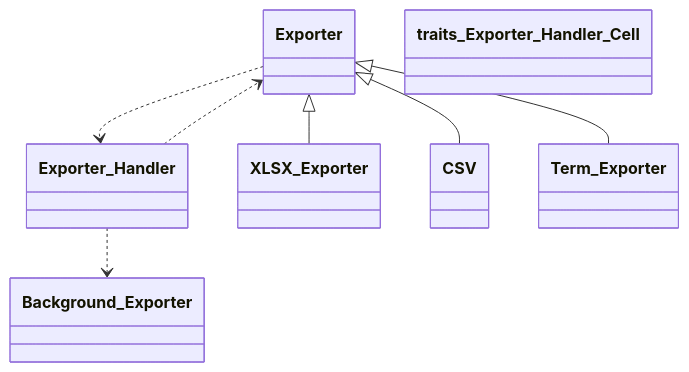
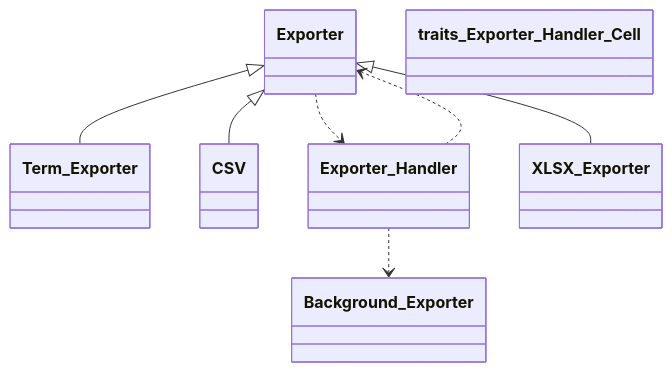
Before and after one commit to tainacan/tainacan: the fifth of 14 diagrams in docs/phpdoc/Home.md, drawn with Mermaid. The commit also changed other lines of this file and 96 other files, not shown here.

````diff
--- a/docs/phpdoc/Home.md
+++ b/docs/phpdoc/Home.md
@@ -426,17 +427,17 @@
 ```mermaid
 classDiagram
     direction TB
+    class Background_Exporter { }
     class Exporter { }
-    class Background_Exporter { }
+    class Term_Exporter { }
+    class CSV { }
     class Exporter_Handler { }
     class XLSX_Exporter { }
-    class CSV { }
-    class Term_Exporter { }
     class traits_Exporter_Handler_Cell { }
     Exporter ..> Exporter_Handler
     Exporter <|-- CSV
     Exporter <|-- Term_Exporter
     Exporter <|-- XLSX_Exporter
     Exporter_Handler ..> Background_Exporter
     Exporter_Handler ..> Exporter
 ```
````
